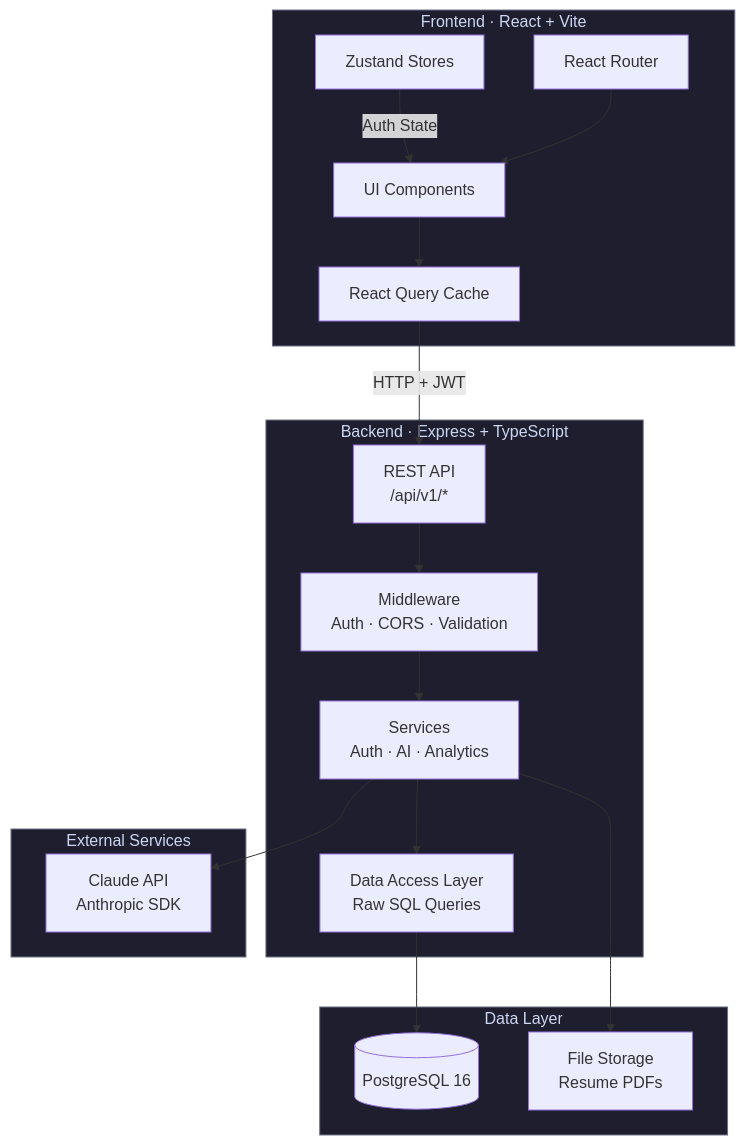
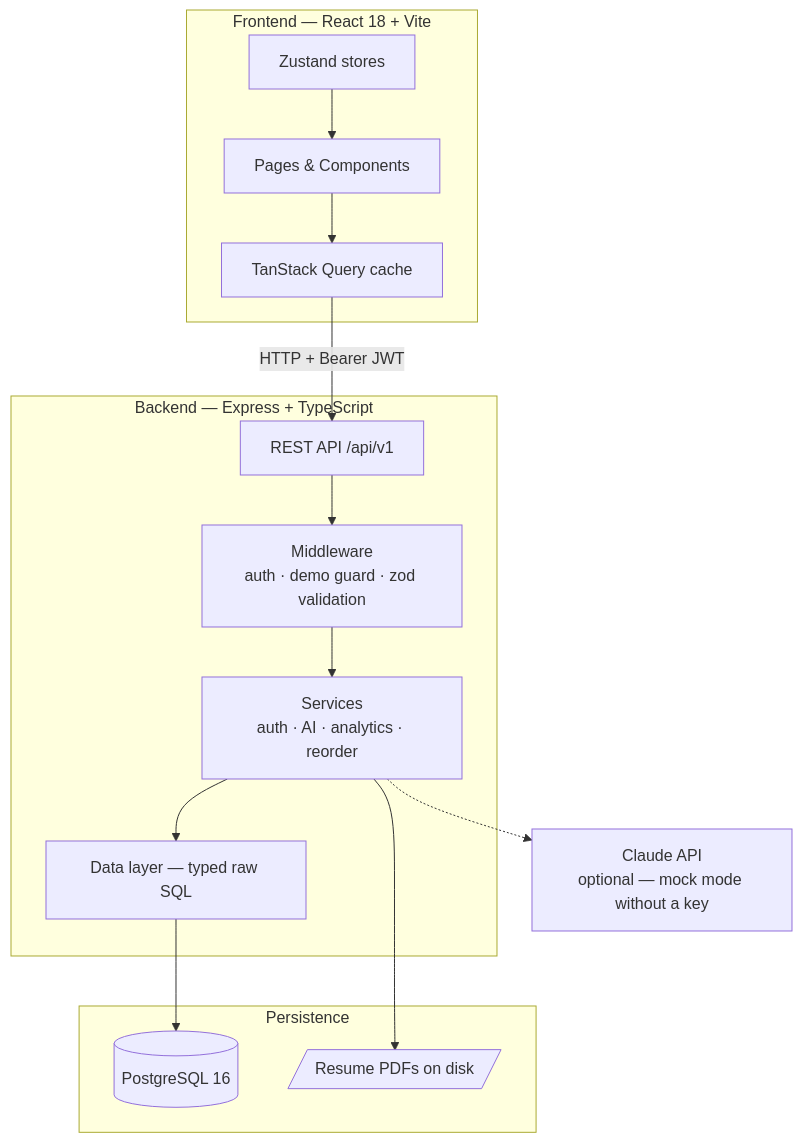
One commit to me-adityaraj8/career-os changed the second of 8 diagrams in README.md. Above: the diagram before and after it, drawn with Mermaid. The commit also changed other lines of this file, not shown here.

````diff
--- a/README.md
+++ b/README.md
@@ -67,40 +268,29 @@
 ```mermaid
 graph TB
-    subgraph Client["Frontend · React + Vite"]
-        UI[UI Components]
-        RQ[React Query Cache]
-        ZS[Zustand Stores]
-        Router[React Router]
+    subgraph Client["Frontend — React 18 + Vite"]
+        UI[Pages & Components]
+        RQ[TanStack Query cache]
+        ZS[Zustand stores]
     end
 
-    subgraph Server["Backend · Express + TypeScript"]
-        MW[Middleware<br/>Auth · CORS · Validation]
-        API[REST API<br/>/api/v1/*]
-        SVC[Services<br/>Auth · AI · Analytics]
-        DAL[Data Access Layer<br/>Raw SQL Queries]
+    subgraph Server["Backend — Express + TypeScript"]
+        MW[Middleware<br/>auth · demo guard · zod validation]
+        API[REST API /api/v1]
+        SVC[Services<br/>auth · AI · analytics · reorder]
+        DAL[Data layer — typed raw SQL]
     end
 
-    subgraph Data["Data Layer"]
+    subgraph Data["Persistence"]
         PG[(PostgreSQL 16)]
-        FS[File Storage<br/>Resume PDFs]
+        FS[/Resume PDFs on disk/]
     end
 
-    subgraph External["External Services"]
-        Claude[Claude API<br/>Anthropic SDK]
-    end
+    Claude[Claude API<br/>optional — mock mode without a key]
 
     UI --> RQ
-    RQ -->|HTTP + JWT| API
-    ZS -->|Auth State| UI
-    Router --> UI
-
-    API --> MW --> SVC
-    SVC --> DAL --> PG
-    SVC --> Claude
+    ZS --> UI
+    RQ -->|HTTP + Bearer JWT| API
+    API --> MW --> SVC --> DAL --> PG
     SVC --> FS
-
-    style Client fill:#1e1e2e,stroke:#6c7086,color:#cdd6f4
-    style Server fill:#1e1e2e,stroke:#6c7086,color:#cdd6f4
-    style Data fill:#1e1e2e,stroke:#6c7086,color:#cdd6f4
-    style External fill:#1e1e2e,stroke:#6c7086,color:#cdd6f4
+    SVC -.-> Claude
 ```
````
